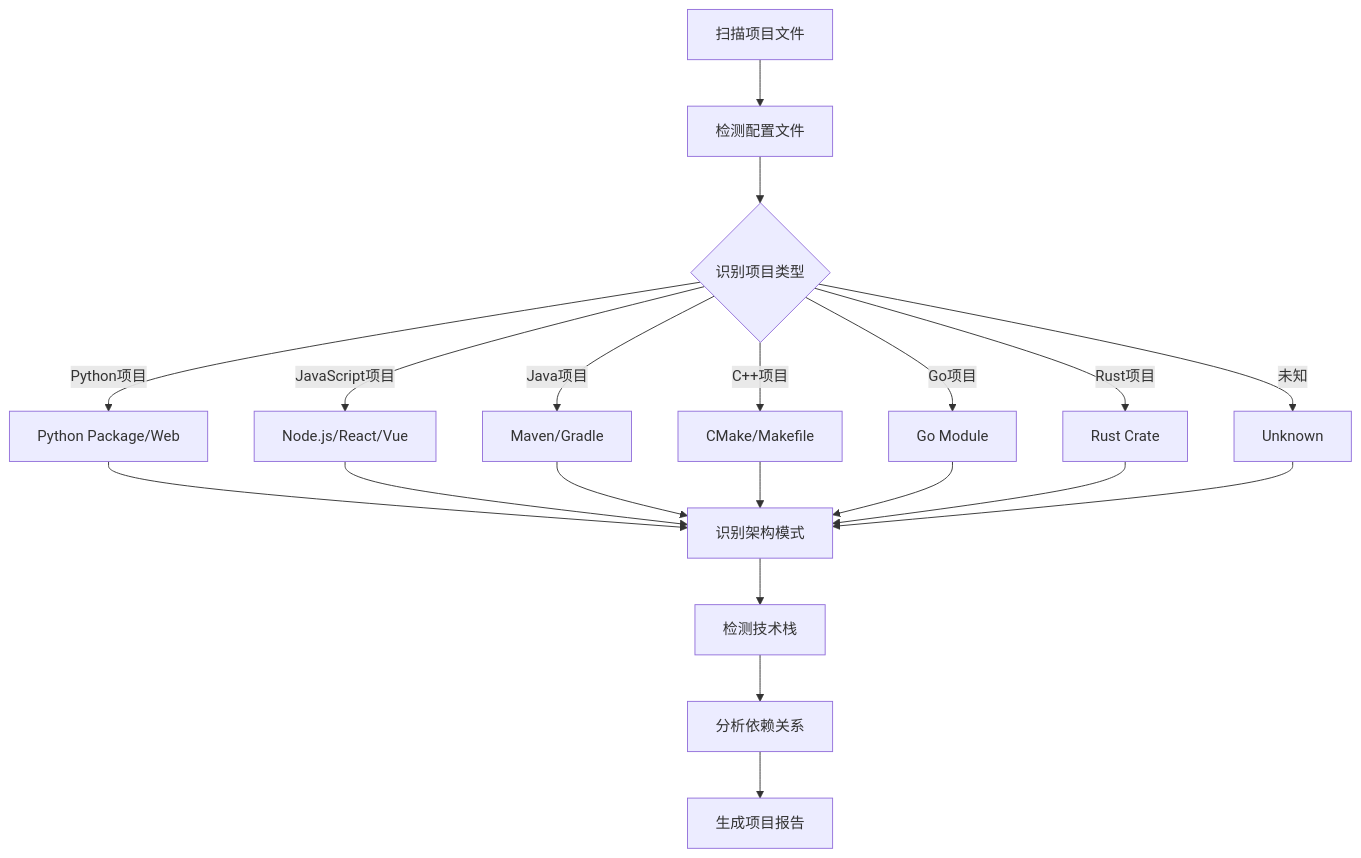
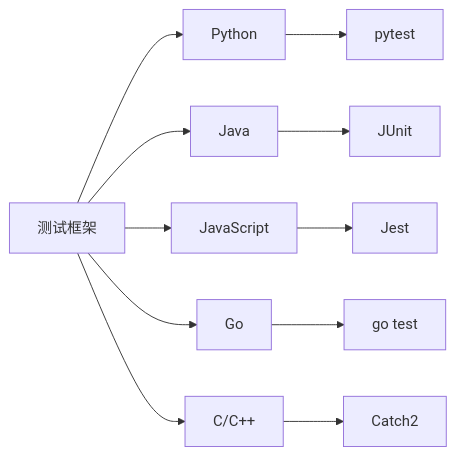
One commit to 3uyuan1ee/Fix_agent changed the eighth of 20 diagrams in docs/tools_architecture.md. Above: the diagram before and after it, drawn with Mermaid. The commit also changed other lines of this file, not shown here.

````diff
--- a/docs/tools_architecture.md
+++ b/docs/tools_architecture.md
@@ -347,25 +389,14 @@
 ```mermaid
-flowchart TD
-    A[扫描项目文件] --> B[检测配置文件]
-    B --> C{识别项目类型}
+graph LR
+    A[测试框架] --> B[Python]
+    A --> C[Java]
+    A --> D[JavaScript]
+    A --> E[Go]
+    A --> F[C/C++]
 
-    C -->|Python项目| D[Python Package/Web]
-    C -->|JavaScript项目| E[Node.js/React/Vue]
-    C -->|Java项目| F[Maven/Gradle]
-    C -->|C++项目| G[CMake/Makefile]
-    C -->|Go项目| H[Go Module]
-    C -->|Rust项目| I[Rust Crate]
-    C -->|未知| J[Unknown]
-
-    D --> K[识别架构模式]
-    E --> K
-    F --> K
-    G --> K
-    H --> K
-    I --> K
-    J --> K
-
-    K --> L[检测技术栈]
-    L --> M[分析依赖关系]
-    M --> N[生成项目报告]
+    B --> G[pytest]
+    C --> H[JUnit]
+    D --> I[Jest]
+    E --> J[go test]
+    F --> K[Catch2]
 ```
````
